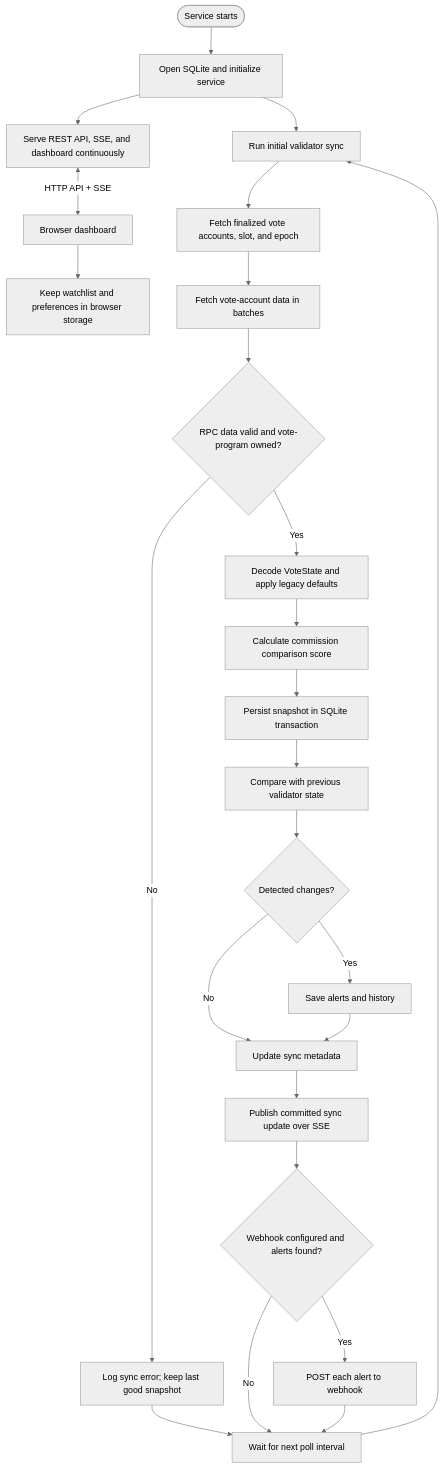
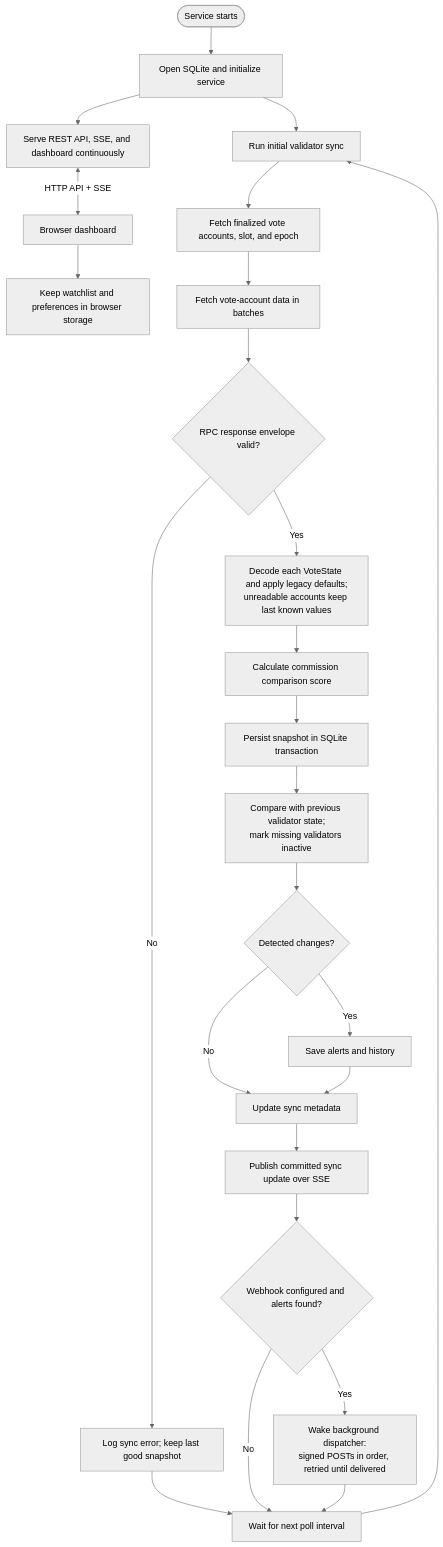
Before and after one commit to secur3shell-ship-it/staker-watchdog: the diagram in README.md, drawn with Mermaid (neutral theme). The commit also changed other lines of this file and 37 other files, not shown here.

````diff
--- a/README.md
+++ b/README.md
@@ -46,28 +48,28 @@
 ```mermaid
 flowchart TD
     start([Service starts]) --> init[Open SQLite and initialize service]
     init --> api[Serve REST API, SSE, and dashboard continuously]
     api <-->|HTTP API + SSE| browser[Browser dashboard]
     browser --> local[Keep watchlist and preferences in browser storage]
     init --> poll[Run initial validator sync]
     poll --> rpc[Fetch finalized vote accounts, slot, and epoch]
     rpc --> batches[Fetch vote-account data in batches]
-    batches --> validate{RPC data valid and vote-program owned?}
+    batches --> validate{RPC response envelope valid?}
     validate -- No --> fail[Log sync error; keep last good snapshot]
     fail --> wait[Wait for next poll interval]
-    validate -- Yes --> decode[Decode VoteState and apply legacy defaults]
+    validate -- Yes --> decode[Decode each VoteState and apply legacy defaults;<br/>unreadable accounts keep last known values]
     decode --> score[Calculate commission comparison score]
     score --> tx[Persist snapshot in SQLite transaction]
-    tx --> compare[Compare with previous validator state]
+    tx --> compare[Compare with previous validator state;<br/>mark missing validators inactive]
     compare --> changes{Detected changes?}
     changes -- Yes --> record[Save alerts and history]
     changes -- No --> metadata[Update sync metadata]
     record --> metadata
     metadata --> publish[Publish committed sync update over SSE]
     publish --> webhook{Webhook configured and alerts found?}
-    webhook -- Yes --> send[POST each alert to webhook]
+    webhook -- Yes --> send[Wake background dispatcher:<br/>signed POSTs in order, retried until delivered]
     webhook -- No --> wait
     send --> wait
     wait --> poll
 
 ```
````
